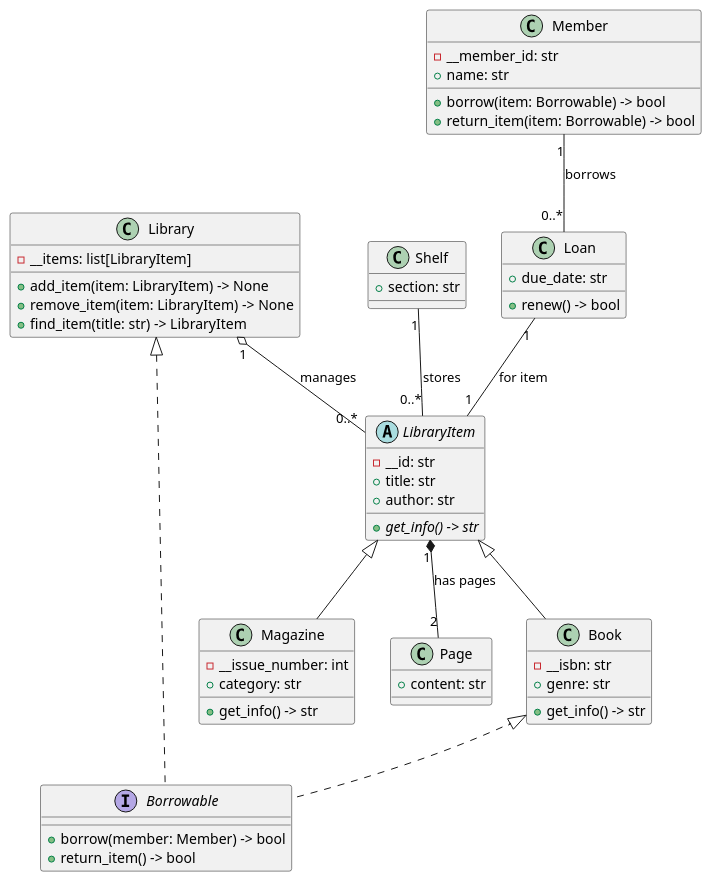
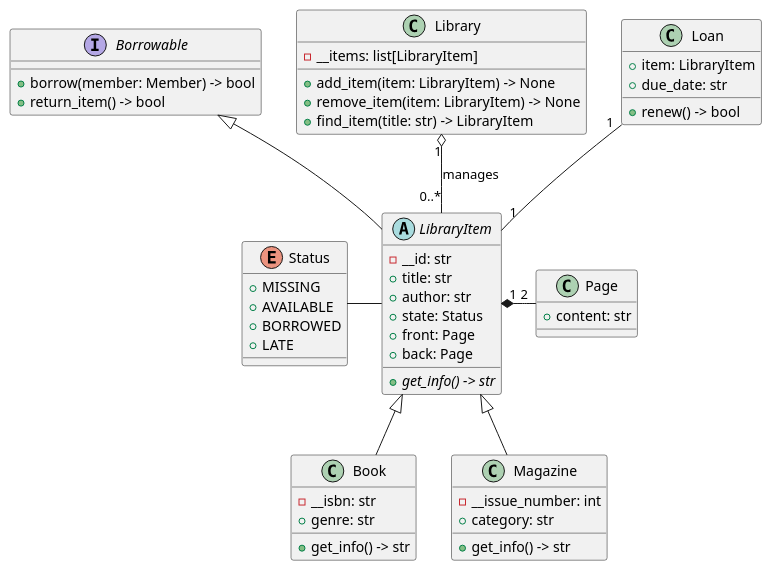
Before and after one commit to unibo-dtm-se/course-slides: the second of 5 diagrams in content/modelling/_index.md, drawn with PlantUML. The commit also changed other lines of this file, not shown here.

Commit message:
wip: more slides about uml sequence diagrams

```diff
--- a/content/modelling/_index.md
+++ b/content/modelling/_index.md
@@ -229,74 +234,71 @@
 {{< plantuml >}}
 @startuml
+enum Status {
+  + MISSING
+  + AVAILABLE
+  + BORROWED
+  + LATE
+}
+
 ' Abstract class for library items
 abstract class LibraryItem {
     - __id: str
     + title: str
     + author: str
+    + state: Status
     + {abstract} get_info() -> str
+    + front: Page
+    + back: Page
 }
 
 ' Interface for borrowable items
 interface Borrowable {
     + borrow(member: Member) -> bool
     + return_item() -> bool
 }
 
 ' Concrete classes
 class Book extends LibraryItem {
     - __isbn: str
     + genre: str
     + get_info() -> str
 }
 
 class Magazine extends LibraryItem {
     - __issue_number: int
     + category: str
     + get_info() -> str
 }
 
-' Library should also be borrowable
-Library <|.. Borrowable
-Book <|.. Borrowable
+Borrowable <|-- LibraryItem
 
 ' Container class for library items
 class Library {
     - __items: list[LibraryItem]
     + add_item(item: LibraryItem) -> None
     + remove_item(item: LibraryItem) -> None
     + find_item(title: str) -> LibraryItem
 }
 
-' Association: Shelf contains books & magazines but can be empty
-class Shelf {
-    + section: str
-}
-Shelf "1" -- "0..*" LibraryItem : stores
-
 ' Library aggregates library items
 Library "1" o-- "0..*" LibraryItem : manages
 
-' Member class
-class Member {
-    - __member_id: str
-    + name: str
-    + borrow(item: Borrowable) -> bool
-    + return_item(item: Borrowable) -> bool
-}
-
 ' Loan relationship
 class Loan {
+    + item: LibraryItem
     + due_date: str
     + renew() -> bool
 }
 
-Member "1" -- "0..*" Loan : borrows
-Loan "1" -- "1" LibraryItem : for item
+
+Loan "1" -- "1" LibraryItem
 
 ' Composition: A library item is composed of front and back pages
 class Page {
     + content: str
 }
-LibraryItem "1" *-- "2" Page : has pages
+LibraryItem "1" *-r- "2" Page
+
+LibraryItem -l- Status
 @enduml
 {{< /plantuml >}}
```
